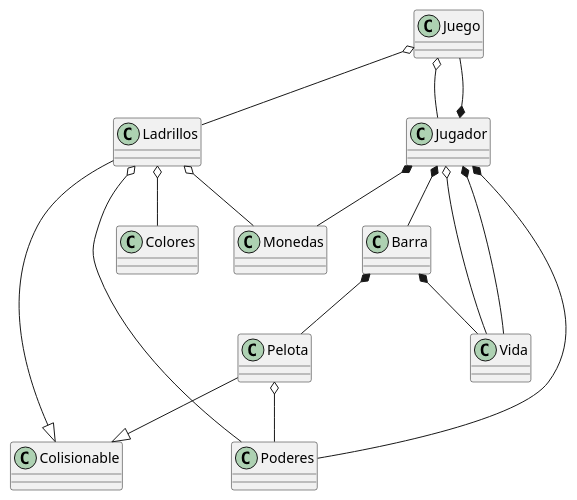
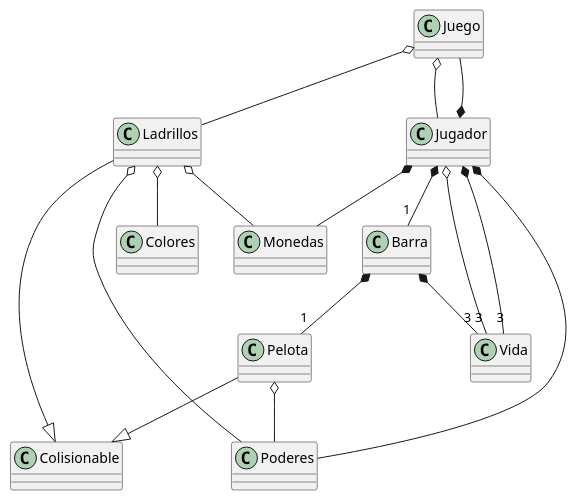
The diagram in docs/brick_bracker.puml (GermanSC22310223/Brick-Breacker), drawn with PlantUML before and after one commit. The commit also changed 2 other files, not shown here.

```diff
--- a/docs/brick_bracker.puml
+++ b/docs/brick_bracker.puml
@@ -1,34 +1,34 @@
 @startuml Brick_Breaker
 
 class Juego
 class Barra
 class Ladrillos
 class Pelota
 class Colisionable
 class Monedas
 class Poderes
 class Jugador
 class Vida
 class Colores
 
 Juego o-- Ladrillos
 Ladrillos o-- Poderes
 Ladrillos o-- Monedas
 Juego o-- Jugador
 Ladrillos o-- Colores
-Jugador o-- Vida
+Jugador o-- "3" Vida
 Pelota o-- Poderes
 
 Jugador *-- Juego
-Jugador *-- Barra
-Barra *-- Pelota
-Barra *-- Vida
-Jugador *-- Vida
+Jugador *-- "1" Barra 
+Barra *-- "1"Pelota
+Barra *-- "3"Vida
+Jugador *-- "3"Vida
 Jugador *-- Poderes
 Jugador *-- Monedas
 
 Pelota --|> Colisionable
 Ladrillos --|> Colisionable
 
 
 @enduml
```
